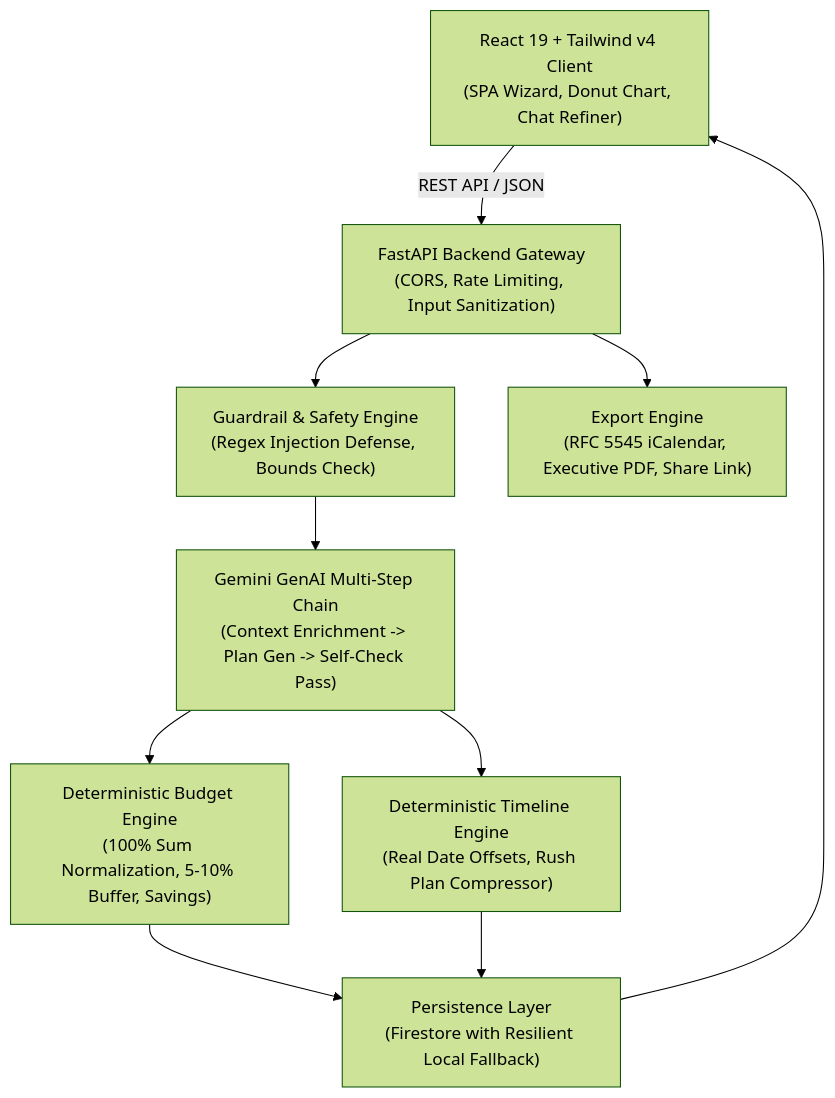
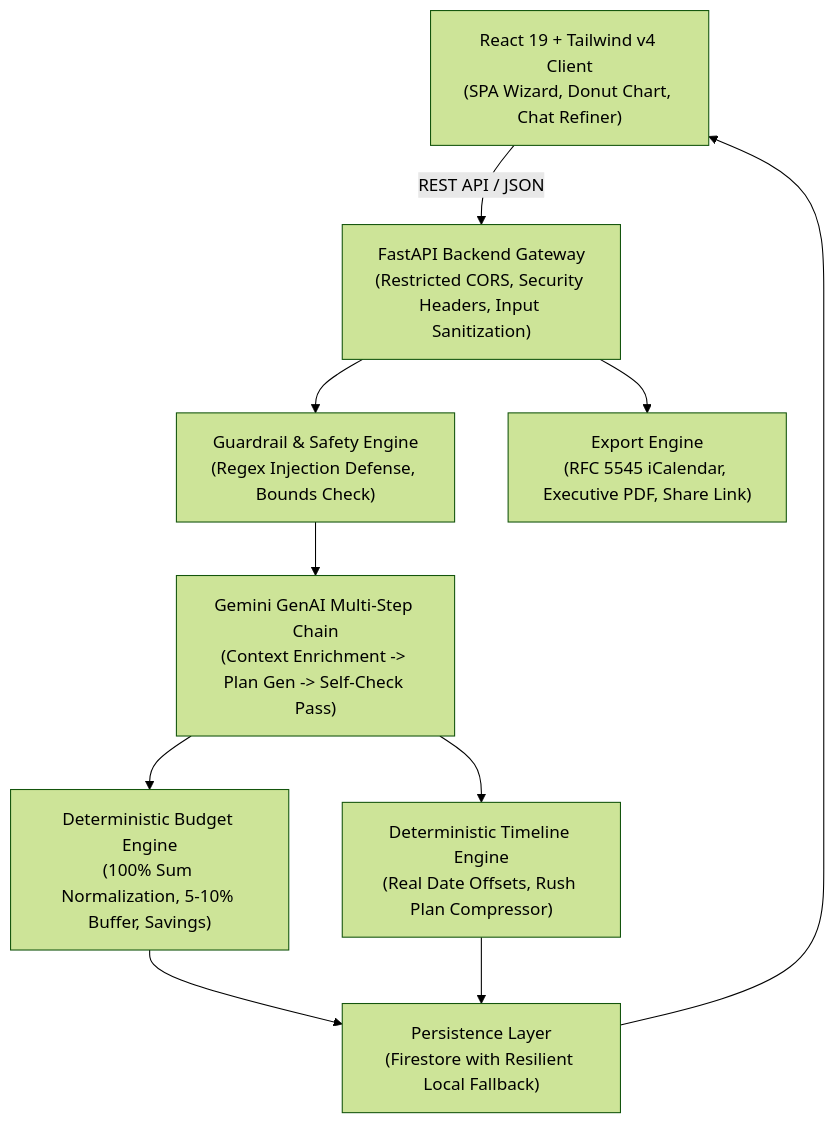
Before and after one commit to Pardeep-Gir-404/eventgenie-ai: the diagram in README.md, drawn with Mermaid (forest theme). The commit also changed other lines of this file and 8 other files, not shown here.

````diff
--- a/README.md
+++ b/README.md
@@ -30,21 +30,21 @@
 ```mermaid
 graph TD
     Client["React 19 + Tailwind v4 Client\n(SPA Wizard, Donut Chart, Chat Refiner)"]
-    FastAPI["FastAPI Backend Gateway\n(CORS, Rate Limiting, Input Sanitization)"]
+    FastAPI["FastAPI Backend Gateway\n(Restricted CORS, Security Headers, Input Sanitization)"]
     Guardrails["Guardrail & Safety Engine\n(Regex Injection Defense, Bounds Check)"]
     GeminiChain["Gemini GenAI Multi-Step Chain\n(Context Enrichment -> Plan Gen -> Self-Check Pass)"]
     MathService["Deterministic Budget Engine\n(100% Sum Normalization, 5-10% Buffer, Savings)"]
     TimelineService["Deterministic Timeline Engine\n(Real Date Offsets, Rush Plan Compressor)"]
     Storage["Persistence Layer\n(Firestore with Resilient Local Fallback)"]
     Export["Export Engine\n(RFC 5545 iCalendar, Executive PDF, Share Link)"]
 
     Client -->|REST API / JSON| FastAPI
     FastAPI --> Guardrails
     Guardrails --> GeminiChain
     GeminiChain --> MathService
     GeminiChain --> TimelineService
     MathService --> Storage
     TimelineService --> Storage
     Storage --> Client
     FastAPI --> Export
 ```
````
